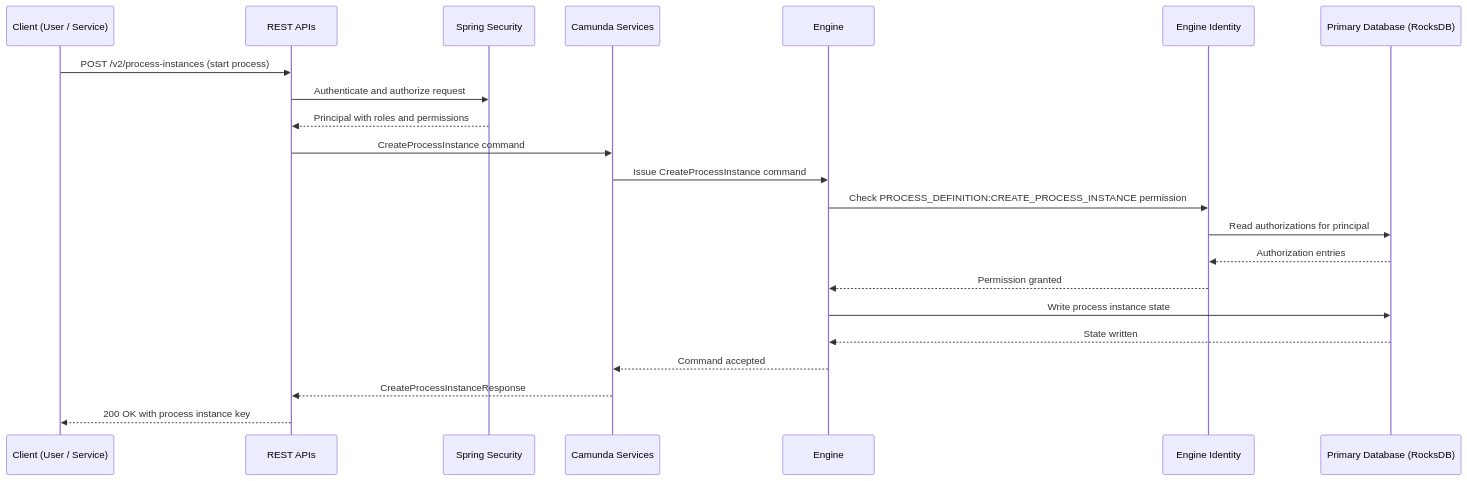
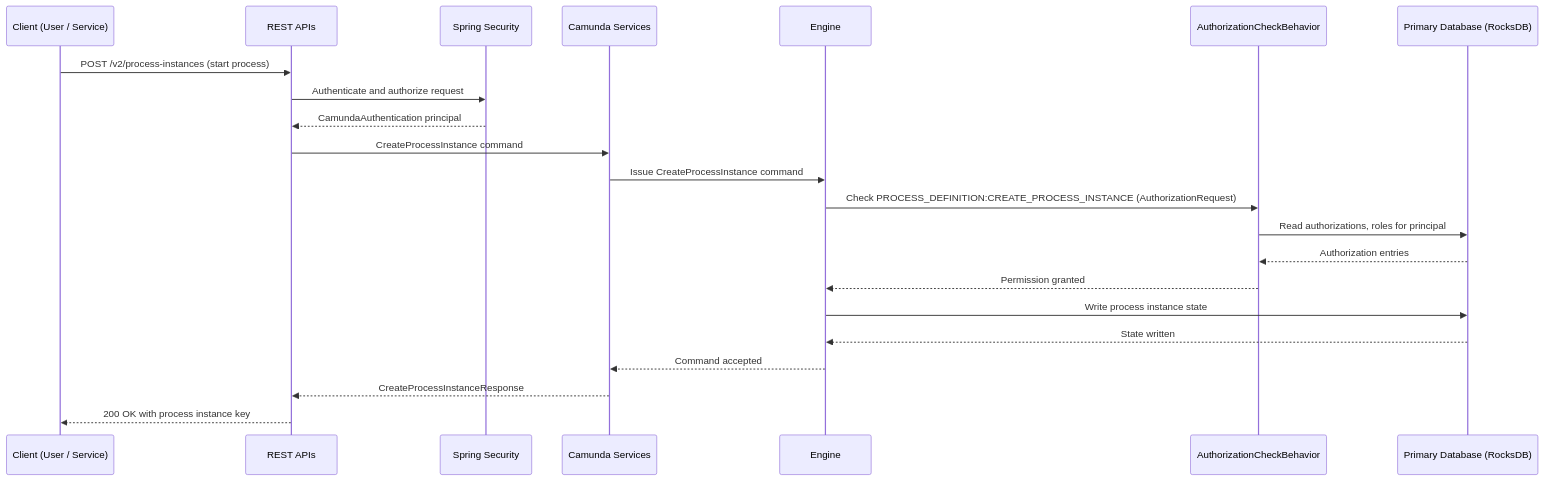
One commit to camunda/camunda changed diagram 11 of 13 in docs/identity/architecture-documentation.md. Above: the diagram before and after it, drawn with Mermaid. The commit also changed other lines of this file, not shown here.

Commit message:
docs: fix login/logout sequence diagrams and add class references to architecture diagrams

````diff
--- a/docs/identity/architecture-documentation.md
+++ b/docs/identity/architecture-documentation.md
@@ -523,25 +570,25 @@
 ```mermaid
 sequenceDiagram
   participant CLIENT as Client (User / Service)
   participant REST as REST APIs
   participant SS as Spring Security
   participant CAMUNDA_SERVICES as Camunda Services
   participant ENGINE as Engine
-  participant ENGINE_IDENTITY as Engine Identity
+  participant AUTHZ_BEHAVIOR as AuthorizationCheckBehavior
   participant PRIMARY_DB as Primary Database (RocksDB)
 
   CLIENT->>REST: POST /v2/process-instances (start process)
   REST->>SS: Authenticate and authorize request
-  SS-->>REST: Principal with roles and permissions
+  SS-->>REST: CamundaAuthentication principal
   REST->>CAMUNDA_SERVICES: CreateProcessInstance command
   CAMUNDA_SERVICES->>ENGINE: Issue CreateProcessInstance command
-  ENGINE->>ENGINE_IDENTITY: Check PROCESS_DEFINITION:CREATE_PROCESS_INSTANCE permission
-  ENGINE_IDENTITY->>PRIMARY_DB: Read authorizations for principal
-  PRIMARY_DB-->>ENGINE_IDENTITY: Authorization entries
-  ENGINE_IDENTITY-->>ENGINE: Permission granted
+  ENGINE->>AUTHZ_BEHAVIOR: Check PROCESS_DEFINITION:CREATE_PROCESS_INSTANCE (AuthorizationRequest)
+  AUTHZ_BEHAVIOR->>PRIMARY_DB: Read authorizations, roles for principal
+  PRIMARY_DB-->>AUTHZ_BEHAVIOR: Authorization entries
+  AUTHZ_BEHAVIOR-->>ENGINE: Permission granted
   ENGINE->>PRIMARY_DB: Write process instance state
   PRIMARY_DB-->>ENGINE: State written
   ENGINE-->>CAMUNDA_SERVICES: Command accepted
   CAMUNDA_SERVICES-->>REST: CreateProcessInstanceResponse
   REST-->>CLIENT: 200 OK with process instance key
 ```
````
